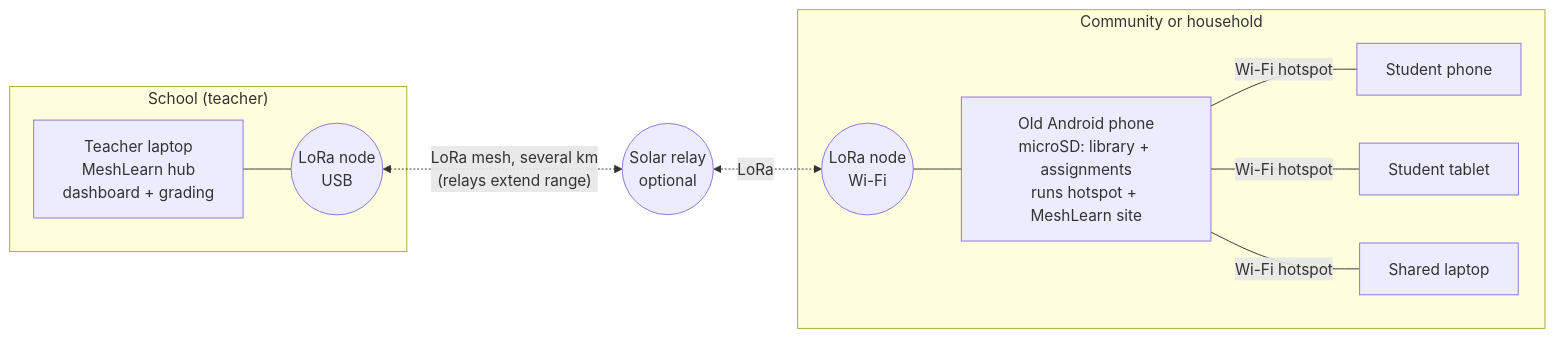
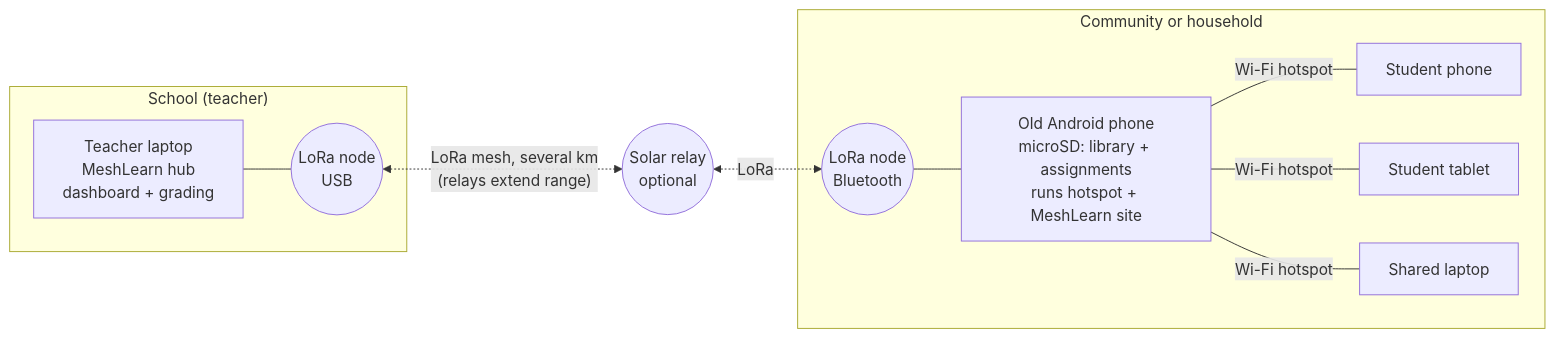
Before and after one commit to Yitz42/Global_Engineering_Group_4: the diagram in README.md, drawn with Mermaid. The commit also changed other lines of this file and 4 other files, not shown here.

````diff
--- a/README.md
+++ b/README.md
@@ -13,21 +13,21 @@
 ```mermaid
 flowchart LR
   subgraph School["School (teacher)"]
     T[Teacher laptop<br/>MeshLearn hub<br/>dashboard + grading]
     R1((LoRa node<br/>USB))
     T --- R1
   end
   R1 <-. "LoRa mesh, several km<br/>(relays extend range)" .-> RL((Solar relay<br/>optional))
   RL <-. LoRa .-> R2
   subgraph Home["Community or household"]
-    R2((LoRa node<br/>Wi-Fi))
+    R2((LoRa node<br/>Bluetooth))
     P[Old Android phone<br/>microSD: library + assignments<br/>runs hotspot + MeshLearn site]
     S1[Student phone]
     S2[Student tablet]
     S3[Shared laptop]
     R2 --- P
     P -- Wi-Fi hotspot --- S1
     P -- Wi-Fi hotspot --- S2
     P -- Wi-Fi hotspot --- S3
   end
 ```
````
